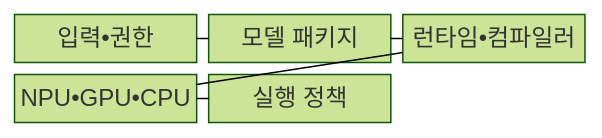
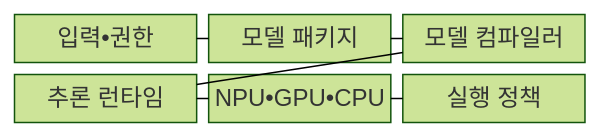
One commit to agnusdei1207/knowledge-base changed the first of 2 diagrams in src/content/docs/notes/08-latest-tech/050_on_device_ai.md. Above: the diagram before and after it, drawn with Mermaid (forest theme). The commit also changed other lines of this file and 20 other files, not shown here.

````diff
--- a/src/content/docs/notes/08-latest-tech/050_on_device_ai.md
+++ b/src/content/docs/notes/08-latest-tech/050_on_device_ai.md
@@ -66,13 +70,15 @@
 ```mermaid
 block-beta
     columns 3
     I["입력•권한"]
     M["모델 패키지"]
-    R["런타임•컴파일러"]
+    C["모델 컴파일러"]
+    R["추론 런타임"]
     A["NPU•GPU•CPU"]
     P["실행 정책"]
     I --- M
-    M --- R
+    M --- C
+    C --- R
     R --- A
     A --- P
 ```
````
